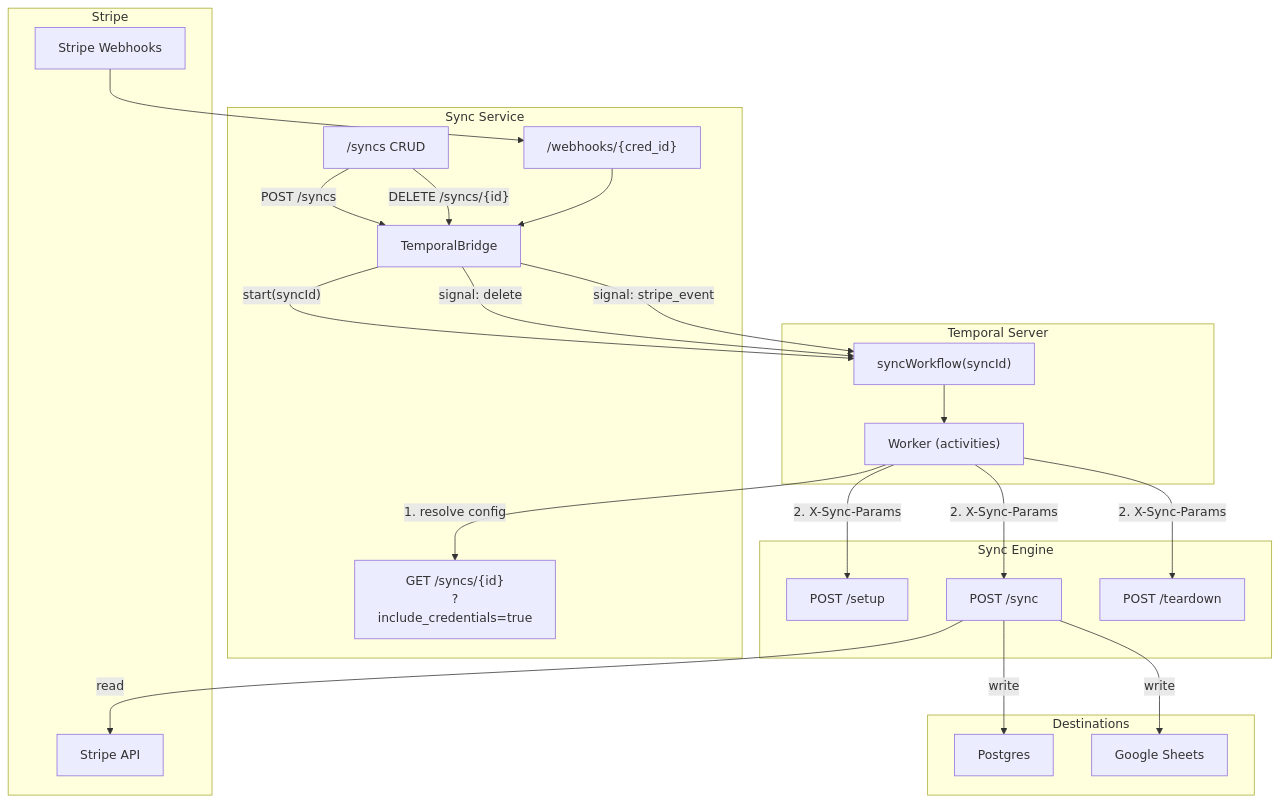
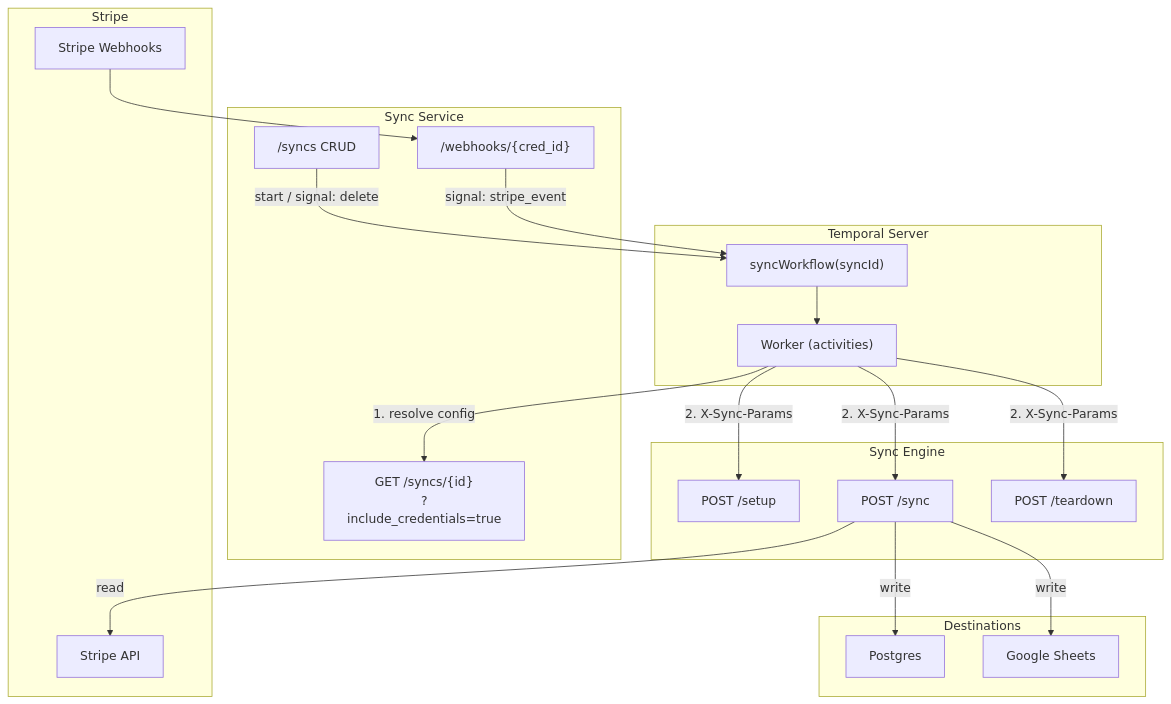
One commit to supabase/stripe-sync-engine changed the first of 5 diagrams in docs/pages/service/temporal.md. Above: the diagram before and after it, drawn with Mermaid. The commit also changed other lines of this file and 49 other files, not shown here.

First line of the commit message:
docs: remove TemporalBridge as a named concept

````diff
--- a/docs/pages/service/temporal.md
+++ b/docs/pages/service/temporal.md
@@ -18,55 +18,48 @@
 ```mermaid
 graph TD
     subgraph Stripe
         StripeAPI["Stripe API"]
         StripeWH["Stripe Webhooks"]
     end
 
     subgraph Service["Sync Service"]
         CRUD["/syncs CRUD"]
         Resolve["GET /syncs/{id}<br/>?include_credentials=true"]
         WHRoute["/webhooks/{cred_id}"]
-        Bridge["TemporalBridge"]
     end
 
     subgraph EngineAPI["Sync Engine"]
         ESetup["POST /setup"]
         ESync["POST /sync"]
         ETeardown["POST /teardown"]
     end
 
     subgraph Temporal["Temporal Server"]
         Workflow["syncWorkflow(syncId)"]
         Worker["Worker (activities)"]
     end
 
     subgraph Destinations
         Postgres["Postgres"]
         Sheets["Google Sheets"]
     end
 
-    %% CRUD → Bridge → Workflow
-    CRUD -- "POST /syncs" --> Bridge
-    Bridge -- "start(syncId)" --> Workflow
-    CRUD -- "DELETE /syncs/{id}" --> Bridge
-    Bridge -- "signal: delete" --> Workflow
-
-    %% Webhook → Bridge → Workflow
+    %% Service → Workflow
+    CRUD -- "start / signal: delete" --> Workflow
+    WHRoute -- "signal: stripe_event" --> Workflow
     StripeWH --> WHRoute
-    WHRoute --> Bridge
-    Bridge -- "signal: stripe_event" --> Workflow
 
     %% Workflow → Activities
     Workflow --> Worker
 
     %% Activities → Service (resolve) → Engine (execute)
     Worker -- "1. resolve config" --> Resolve
     Worker -- "2. X-Sync-Params" --> ESetup
     Worker -- "2. X-Sync-Params" --> ESync
     Worker -- "2. X-Sync-Params" --> ETeardown
 
     %% Engine → external
     ESync -- "read" --> StripeAPI
     ESync -- "write" --> Postgres
     ESync -- "write" --> Sheets
 ```
````
